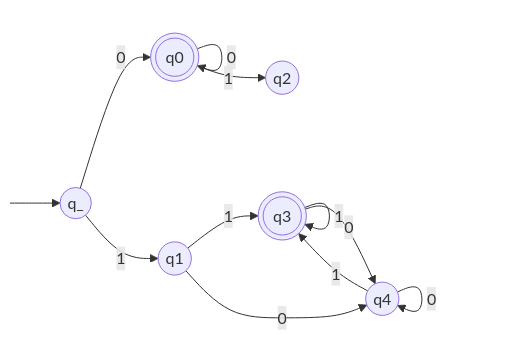
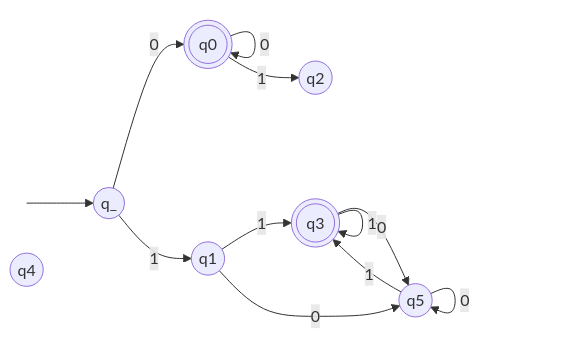
One commit to bfeitknecht/vault changed the diagram in sem3/TIN/UE/bf/TI-bf-u04.md. Above: the diagram before and after it, drawn with Mermaid. The commit also changed other lines of this file, not shown here.

Commit message:
backup: 2024-10-15T15:45:07+02:00 from MacBook Pro (echo)
Affected files:
sem3/TIN/UE/bf/TI-bf-u04.md

````diff
--- a/sem3/TIN/UE/bf/TI-bf-u04.md
+++ b/sem3/TIN/UE/bf/TI-bf-u04.md
@@ -22,29 +24,30 @@
 ```mermaid
 flowchart LR
 
 classDef hidden display: none;
 
 S:::hidden
 
 q_((q_))
 q0(((q0)))
 q1((q1))
 q2((q2))
 q3(((q3)))
 q4((q4))
+q5((q5))
 
 
 S --> q_
 
 q_ -->|"0"| q0
 q_ -->|"1"| q1
 
 q1 -->|"1"| q3 -->|"1"| q3
-q1 -->|"0"| q4
-
-q3 -->|"0"| q4 -->|"1"| q3 
-q4 -->|"0"| q4
+q1 -->|"0"| q5
+q3 -->|"0"| q5 -->|"1"| q3 
+q5 -->|"0"| q5
 
 q0 -->|"0"| q0 -->|"1"| q2
 
+
 ```
````
